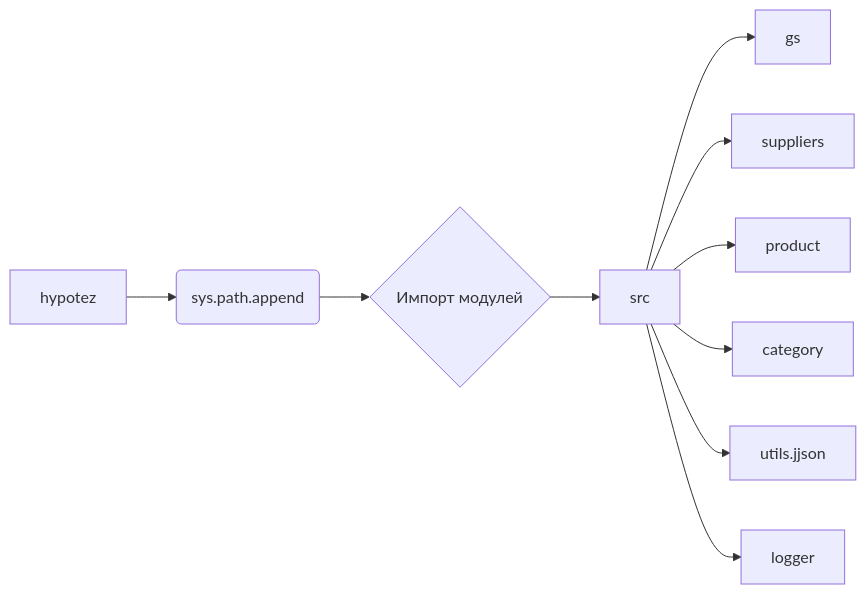
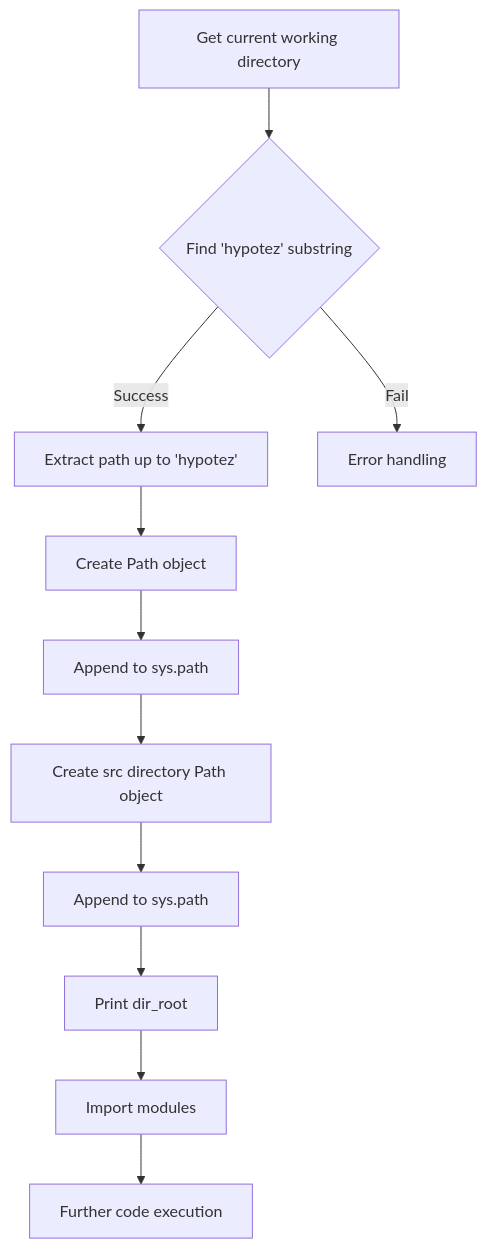
One commit to hypo69/hypo changed the first of 2 diagrams in docs/gemini/ru/explainer/src/templates/_examples/header.md. Above: the diagram before and after it, drawn with Mermaid. The commit also changed other lines of this file and 19 other files, not shown here.

````diff
--- a/docs/gemini/ru/explainer/src/templates/_examples/header.md
+++ b/docs/gemini/ru/explainer/src/templates/_examples/header.md
@@ -85,15 +72,13 @@
 ```mermaid
-graph LR
-    A[hypotez] --> B(sys.path.append);
-    B --> C{Импорт модулей};
-    C --> D[src];
-    D --> E[gs];
-    D --> F[suppliers];
-    D --> G[product];
-    D --> H[category];
-    D --> I[utils.jjson];
-    D --> J[logger];
-   
-    
-    
+graph TD
+    A[Get current working directory] --> B{Find 'hypotez' substring};
+    B -- Success --> C[Extract path up to 'hypotez'];
+    B -- Fail --> D[Error handling];
+    C --> E[Create Path object];
+    E --> F[Append to sys.path];
+    F --> G[Create src directory Path object];
+    G --> H[Append to sys.path];
+    H --> I[Print dir_root];
+    I --> J[Import modules];
+    J --> K[Further code execution];
 ```
````
